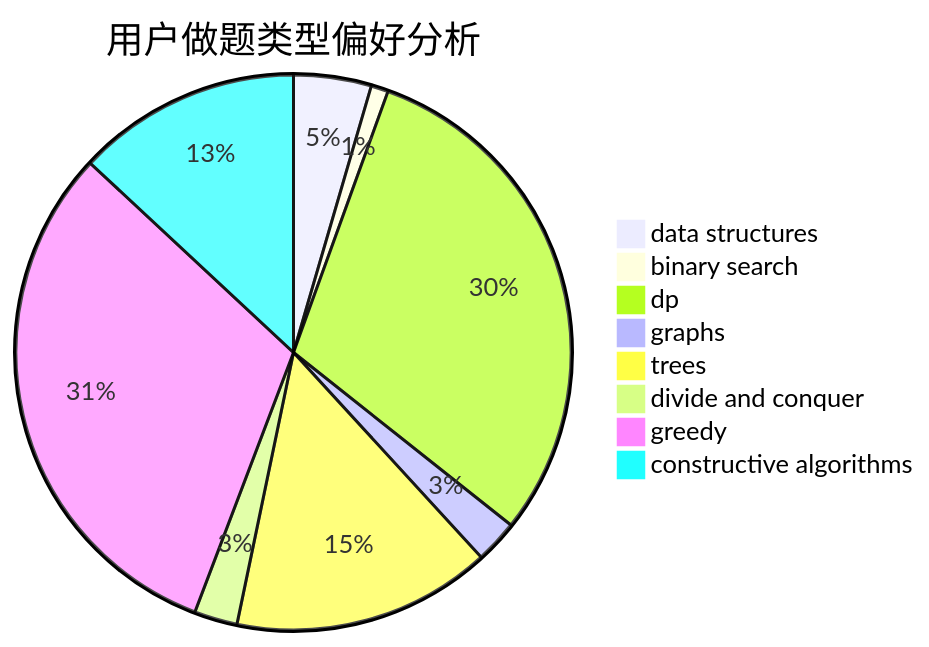
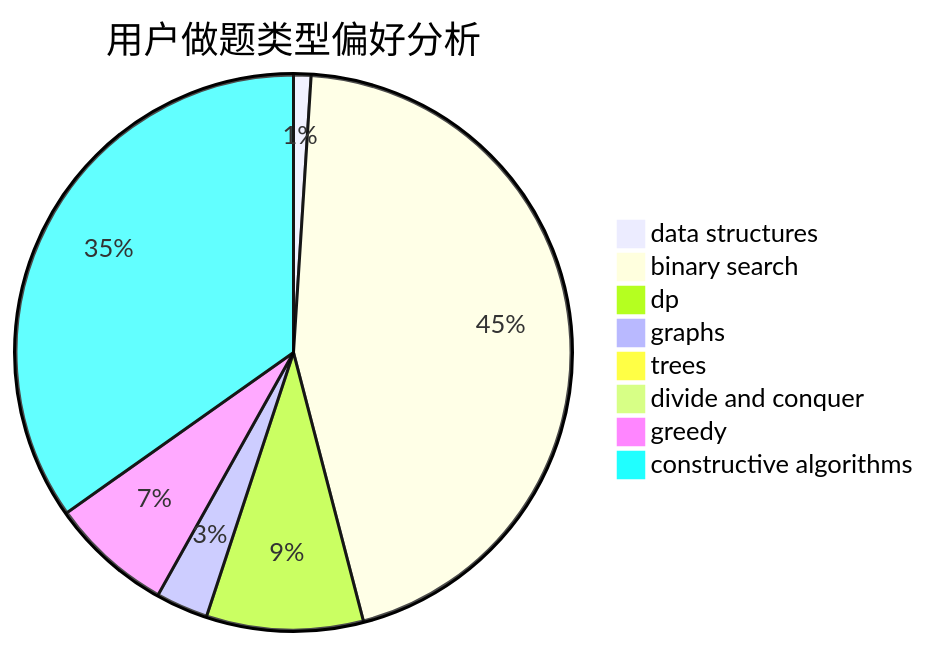
The second of 3 diagrams in docs/user/u24.md (sherpahu/cfrs.github.io), drawn with Mermaid before and after one commit. The commit also changed other lines of this file and 2770 other files, not shown here.

````diff
--- a/docs/user/u24.md
+++ b/docs/user/u24.md
@@ -23,11 +23,11 @@
 ```mermaid
 pie title 用户做题类型偏好分析
-    "data structures" :  9
-    "binary search" :  2
-    "dp" :  60
-    "graphs" :  5
-    "trees" :  30
-    "divide and conquer" :  5
-    "greedy" :  62
-    "constructive algorithms" :  26
+    "data structures" :  3
+    "binary search" :  133
+    "dp" :  27
+    "graphs" :  9
+    "trees" :  0
+    "divide and conquer" :  0
+    "greedy" :  21
+    "constructive algorithms" :  103
 ```
````
